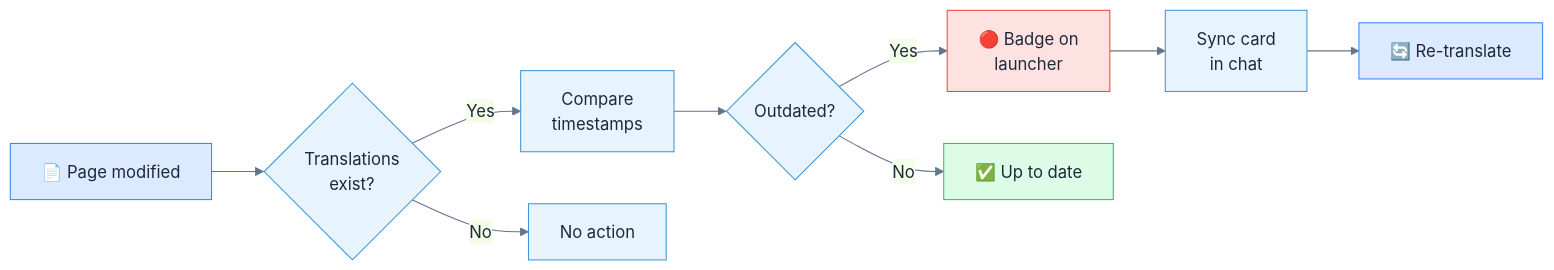
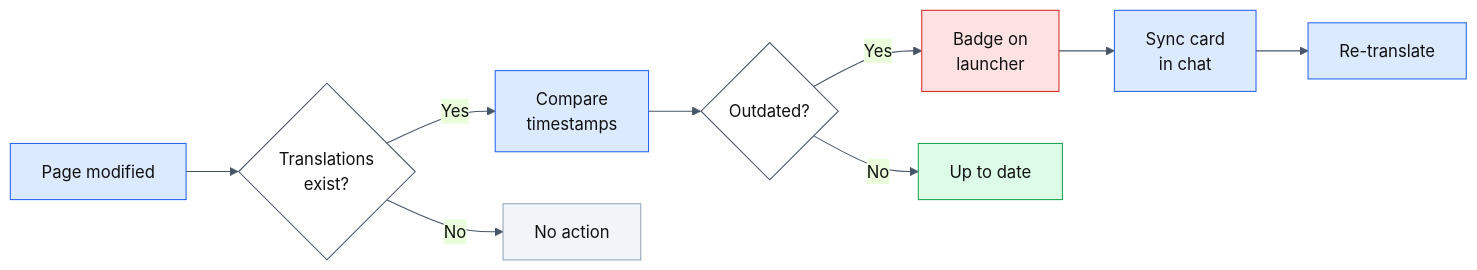
The second of 6 diagrams in README.md (interaktivgmbh/volto-interaktiv-kyra), drawn with Mermaid before and after one commit. The commit also changed other lines of this file, not shown here.

Commit message:
Enhance README with added contents section, updated Mermaid diagrams, refined styles, and improved feature visualization

````diff
--- a/README.md
+++ b/README.md
@@ -84,17 +92,20 @@
 ```mermaid
-%%{init: {'theme': 'base', 'themeVariables': {'primaryColor': '#e8f4fd', 'primaryBorderColor': '#3b97d4', 'primaryTextColor': '#1e293b', 'lineColor': '#64748b', 'tertiaryColor': '#f0fdf4'}}}%%
+%%{init: {'theme': 'base', 'themeVariables': {'primaryColor': '#dbeafe', 'primaryBorderColor': '#2563eb', 'primaryTextColor': '#111', 'lineColor': '#475569', 'tertiaryColor': '#f0fdf4'}}}%%
 flowchart LR
-    A["📄 Page modified"] --> B{"Translations\nexist?"}
+    A["Page modified"] --> B{"Translations\nexist?"}
     B -->|Yes| C["Compare\ntimestamps"]
     C --> D{"Outdated?"}
-    D -->|Yes| E["🔴 Badge on\nlauncher"]
+    D -->|Yes| E["Badge on\nlauncher"]
     E --> F["Sync card\nin chat"]
-    F --> G["🔄 Re-translate"]
-    D -->|No| I["✅ Up to date"]
+    F --> G["Re-translate"]
+    D -->|No| I["Up to date"]
     B -->|No| J["No action"]
 
-    style A fill:#dbeafe,stroke:#3b82f6
-    style E fill:#fee2e2,stroke:#ef4444
-    style G fill:#dbeafe,stroke:#3b82f6
-    style I fill:#dcfce7,stroke:#22c55e
+    style A fill:#dbeafe,stroke:#2563eb,color:#111
+    style E fill:#fee2e2,stroke:#dc2626,color:#111
+    style G fill:#dbeafe,stroke:#2563eb,color:#111
+    style I fill:#dcfce7,stroke:#16a34a,color:#111
+    style J fill:#f1f5f9,stroke:#94a3b8,color:#111
+    style B fill:#fff,stroke:#475569,color:#111
+    style D fill:#fff,stroke:#475569,color:#111
 ```
````
